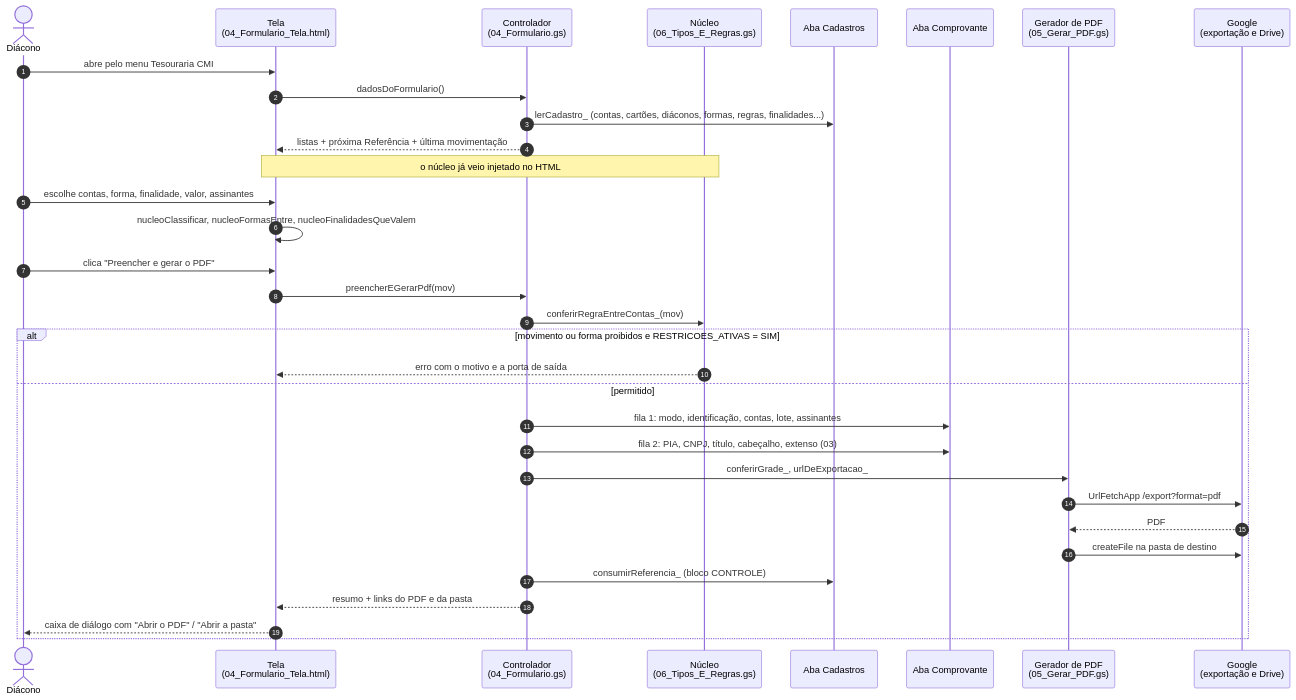
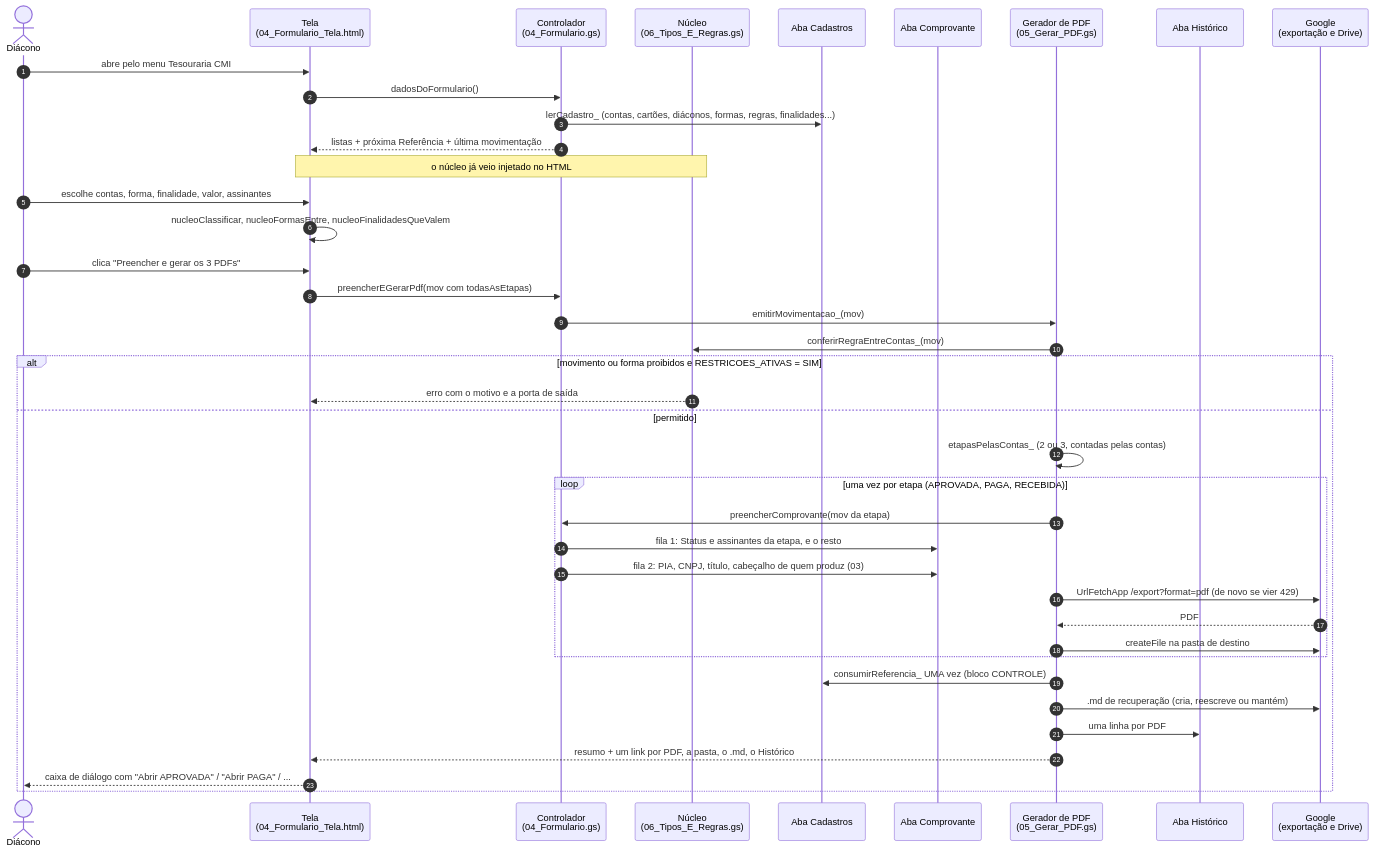
Before and after one commit to taynaves/gerador-cmi-tesouraria: the third of 4 diagrams in docs/ARQUITETURA.md, drawn with Mermaid. The commit also changed other lines of this file and 9 other files, not shown here.

````diff
--- a/docs/ARQUITETURA.md
+++ b/docs/ARQUITETURA.md
@@ -118,36 +122,43 @@
 ```mermaid
 sequenceDiagram
   autonumber
   actor D as Diácono
   participant T as Tela<br/>(04_Formulario_Tela.html)
   participant F as Controlador<br/>(04_Formulario.gs)
   participant N as Núcleo<br/>(06_Tipos_E_Regras.gs)
   participant CA as Aba Cadastros
   participant CO as Aba Comprovante
   participant P as Gerador de PDF<br/>(05_Gerar_PDF.gs)
+  participant H as Aba Histórico
   participant G as Google<br/>(exportação e Drive)
 
   D->>T: abre pelo menu Tesouraria CMI
   T->>F: dadosDoFormulario()
   F->>CA: lerCadastro_ (contas, cartões, diáconos, formas, regras, finalidades...)
   F-->>T: listas + próxima Referência + última movimentação
   Note over T,N: o núcleo já veio injetado no HTML
   D->>T: escolhe contas, forma, finalidade, valor, assinantes
   T->>T: nucleoClassificar, nucleoFormasEntre, nucleoFinalidadesQueValem
-  D->>T: clica "Preencher e gerar o PDF"
-  T->>F: preencherEGerarPdf(mov)
-  F->>N: conferirRegraEntreContas_(mov)
+  D->>T: clica "Preencher e gerar os 3 PDFs"
+  T->>F: preencherEGerarPdf(mov com todasAsEtapas)
+  F->>P: emitirMovimentacao_(mov)
+  P->>N: conferirRegraEntreContas_(mov)
   alt movimento ou forma proibidos e RESTRICOES_ATIVAS = SIM
     N-->>T: erro com o motivo e a porta de saída
   else permitido
-    F->>CO: fila 1: modo, identificação, contas, lote, assinantes
-    F->>CO: fila 2: PIA, CNPJ, título, cabeçalho, extenso (03)
-    F->>P: conferirGrade_, urlDeExportacao_
-    P->>G: UrlFetchApp /export?format=pdf
-    G-->>P: PDF
-    P->>G: createFile na pasta de destino
-    F->>CA: consumirReferencia_ (bloco CONTROLE)
-    F-->>T: resumo + links do PDF e da pasta
-    T-->>D: caixa de diálogo com "Abrir o PDF" / "Abrir a pasta"
+    P->>P: etapasPelasContas_ (2 ou 3, contadas pelas contas)
+    loop uma vez por etapa (APROVADA, PAGA, RECEBIDA)
+      P->>F: preencherComprovante(mov da etapa)
+      F->>CO: fila 1: Status e assinantes da etapa, e o resto
+      F->>CO: fila 2: PIA, CNPJ, título, cabeçalho de quem produz (03)
+      P->>G: UrlFetchApp /export?format=pdf (de novo se vier 429)
+      G-->>P: PDF
+      P->>G: createFile na pasta de destino
+    end
+    P->>CA: consumirReferencia_ UMA vez (bloco CONTROLE)
+    P->>G: .md de recuperação (cria, reescreve ou mantém)
+    P->>H: uma linha por PDF
+    P-->>T: resumo + um link por PDF, a pasta, o .md, o Histórico
+    T-->>D: caixa de diálogo com "Abrir APROVADA" / "Abrir PAGA" / ...
   end
 ```
````
